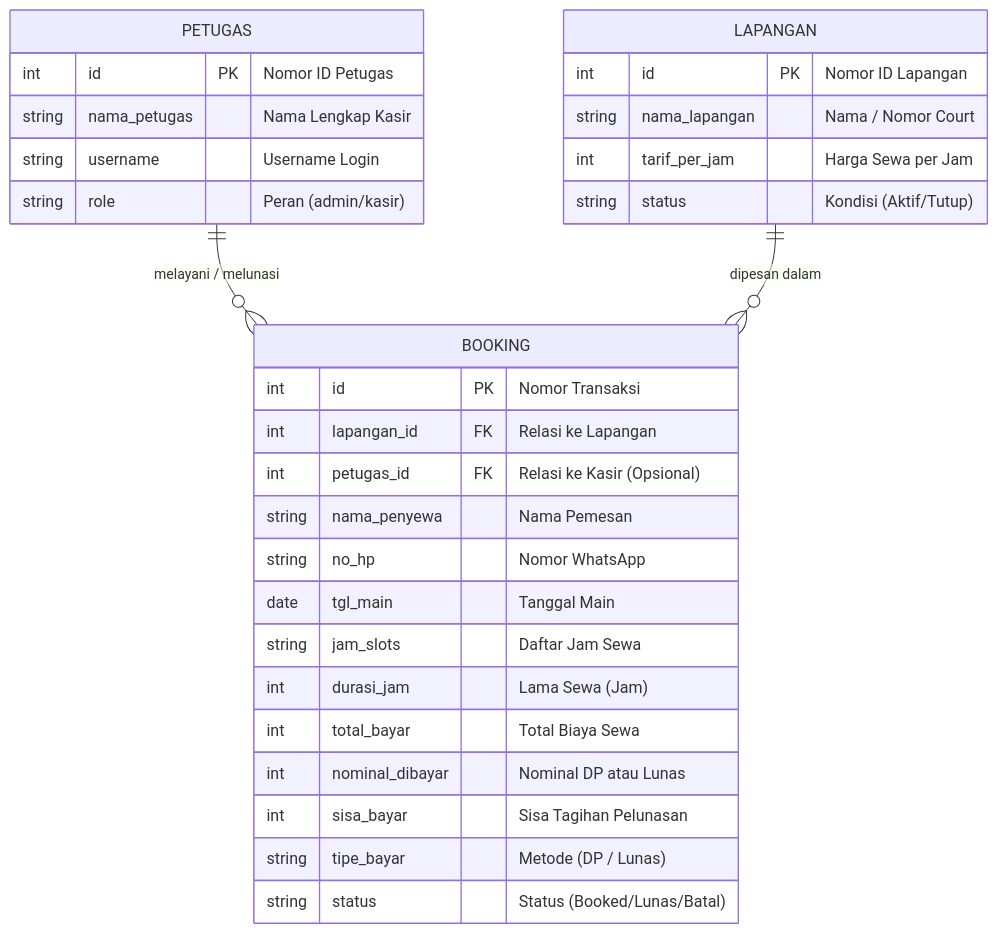
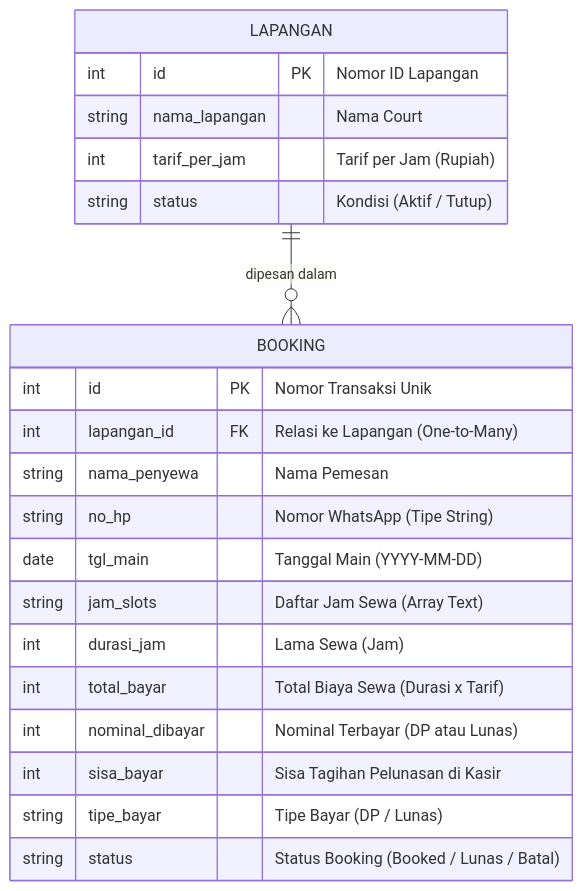
Before and after one commit to HelloRayy/ukk-11-booking-lapangan: the diagram in ERD_UKK.md, drawn with Mermaid. The commit also changed other lines of this file and 9 other files, not shown here.

Commit message:
docs: sinkronin erd jadi 2 tabel murni biar pas sama kodingan pas sidang

````diff
--- a/ERD_UKK.md
+++ b/ERD_UKK.md
@@ -20,35 +13,26 @@
 ```mermaid
 erDiagram
-    PETUGAS ||--o{ BOOKING : "melayani / melunasi"
     LAPANGAN ||--o{ BOOKING : "dipesan dalam"
-
-    PETUGAS {
-        int id PK "Nomor ID Petugas"
-        string nama_petugas "Nama Lengkap Kasir"
-        string username "Username Login"
-        string role "Peran (admin/kasir)"
-    }
 
     LAPANGAN {
         int id PK "Nomor ID Lapangan"
-        string nama_lapangan "Nama / Nomor Court"
-        int tarif_per_jam "Harga Sewa per Jam"
-        string status "Kondisi (Aktif/Tutup)"
+        string nama_lapangan "Nama Court"
+        int tarif_per_jam "Tarif per Jam (Rupiah)"
+        string status "Kondisi (Aktif / Tutup)"
     }
 
     BOOKING {
-        int id PK "Nomor Transaksi"
-        int lapangan_id FK "Relasi ke Lapangan"
-        int petugas_id FK "Relasi ke Kasir (Opsional)"
+        int id PK "Nomor Transaksi Unik"
+        int lapangan_id FK "Relasi ke Lapangan (One-to-Many)"
         string nama_penyewa "Nama Pemesan"
-        string no_hp "Nomor WhatsApp"
-        date tgl_main "Tanggal Main"
-        string jam_slots "Daftar Jam Sewa"
+        string no_hp "Nomor WhatsApp (Tipe String)"
+        date tgl_main "Tanggal Main (YYYY-MM-DD)"
+        string jam_slots "Daftar Jam Sewa (Array Text)"
         int durasi_jam "Lama Sewa (Jam)"
-        int total_bayar "Total Biaya Sewa"
-        int nominal_dibayar "Nominal DP atau Lunas"
-        int sisa_bayar "Sisa Tagihan Pelunasan"
-        string tipe_bayar "Metode (DP / Lunas)"
-        string status "Status (Booked/Lunas/Batal)"
+        int total_bayar "Total Biaya Sewa (Durasi x Tarif)"
+        int nominal_dibayar "Nominal Terbayar (DP atau Lunas)"
+        int sisa_bayar "Sisa Tagihan Pelunasan di Kasir"
+        string tipe_bayar "Tipe Bayar (DP / Lunas)"
+        string status "Status Booking (Booked / Lunas / Batal)"
     }
 ```
````
